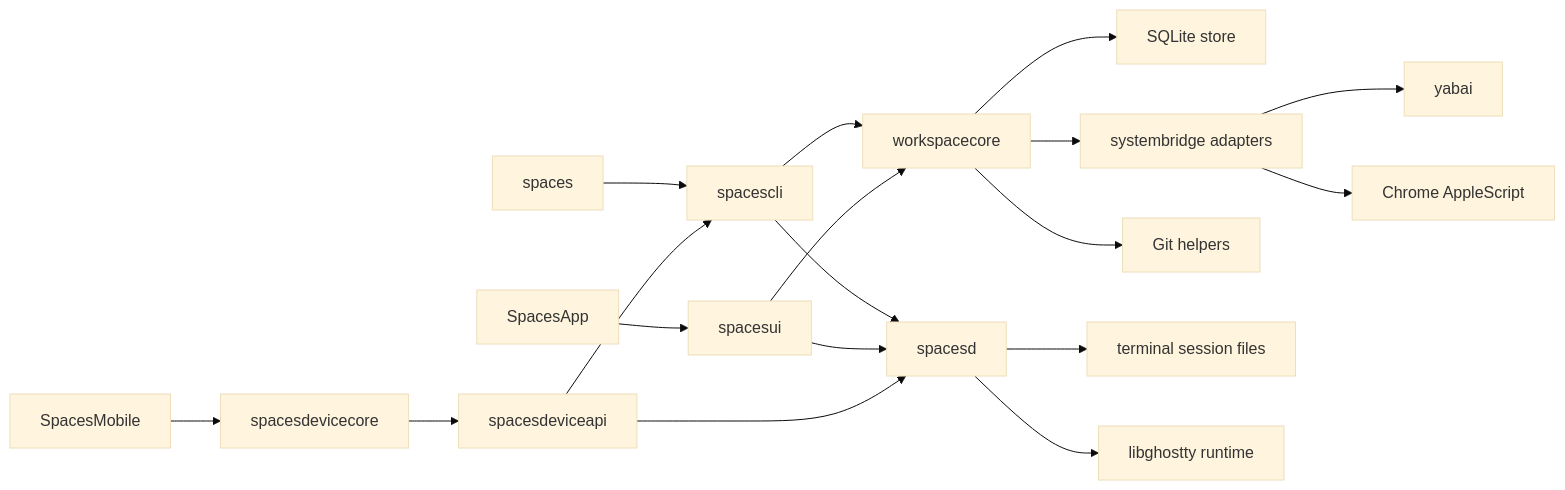
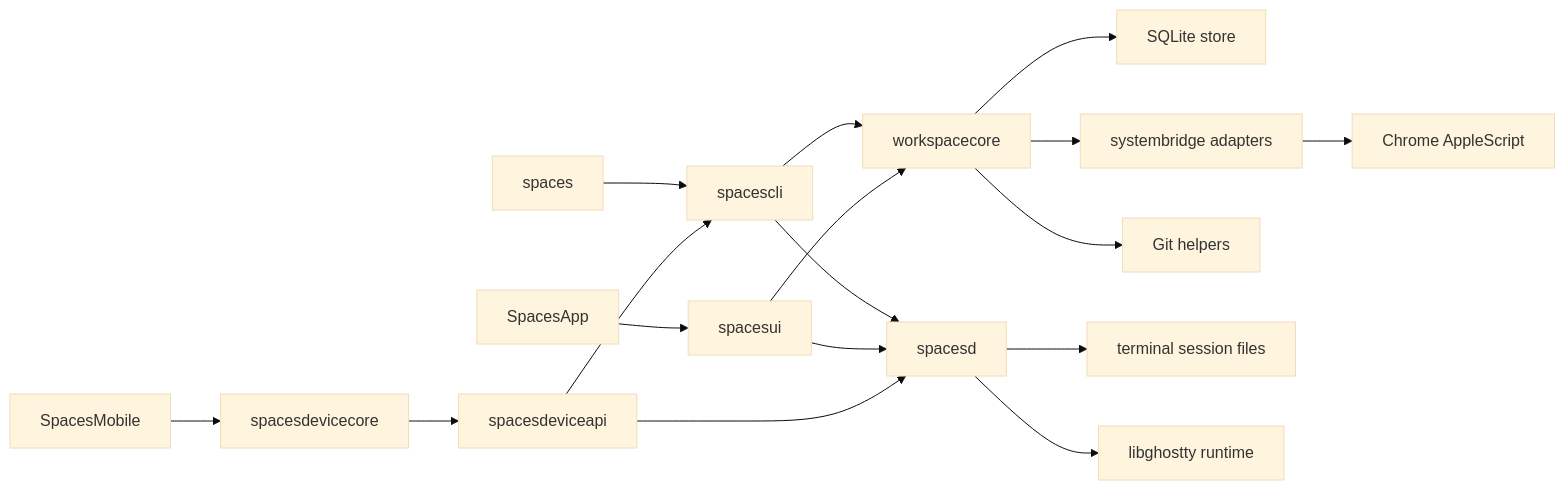
Before and after one commit to yogesh-dhande/spaces: the first of 4 diagrams in docs/implementation.md, drawn with Mermaid (base theme). The commit also changed other lines of this file and 77 other files, not shown here.

````diff
--- a/docs/implementation.md
+++ b/docs/implementation.md
@@ -17,23 +17,22 @@
 ```mermaid
 flowchart LR
   cli["spaces"] --> spacescli["spacescli"]
   spacescli --> stream["workspacecore"]
   spacescli --> terminalservice["spacesd"]
   app["SpacesApp"] --> spacesui["spacesui"]
   spacesui --> stream
   spacesui --> terminalservice
   ios["SpacesMobile"] --> devicecore["spacesdevicecore"]
   devicecore --> deviceapi["spacesdeviceapi"]
   deviceapi --> terminalservice
   deviceapi --> spacescli
 
   stream --> store["SQLite store"]
   stream --> systembridge["systembridge adapters"]
   stream --> git["Git helpers"]
 
   terminalservice --> terminalfiles["terminal session files"]
   terminalservice --> ghostty["libghostty runtime"]
 
-  systembridge --> yabai["yabai"]
   systembridge --> chrome["Chrome AppleScript"]
 ```
````
